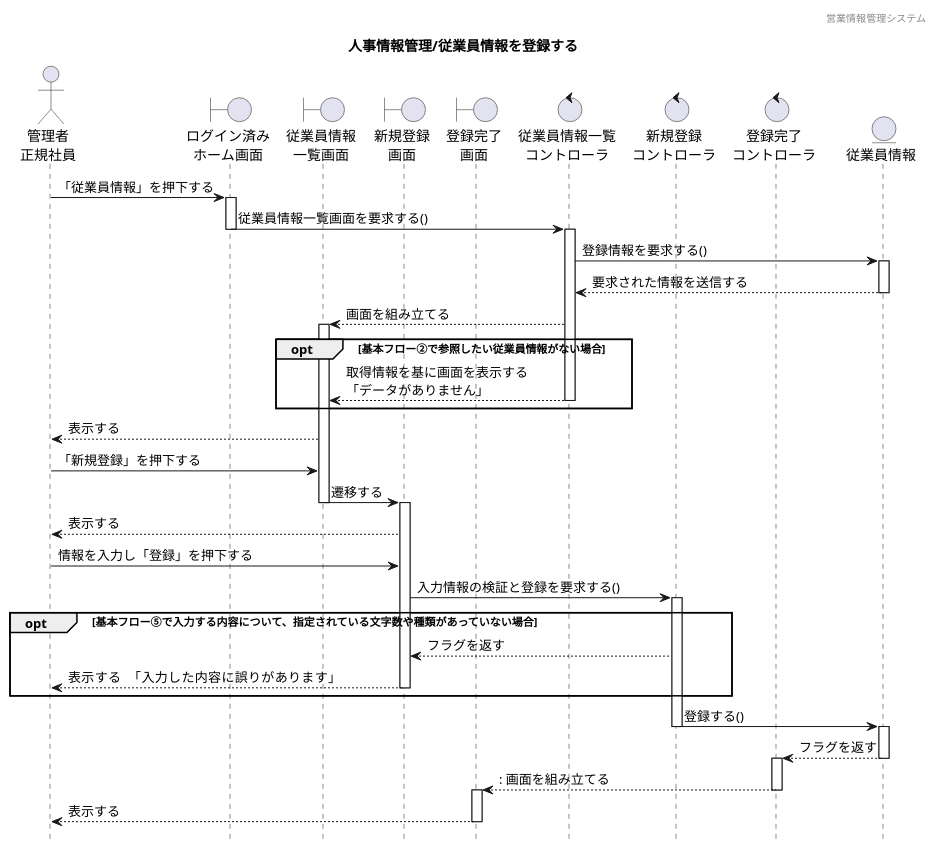
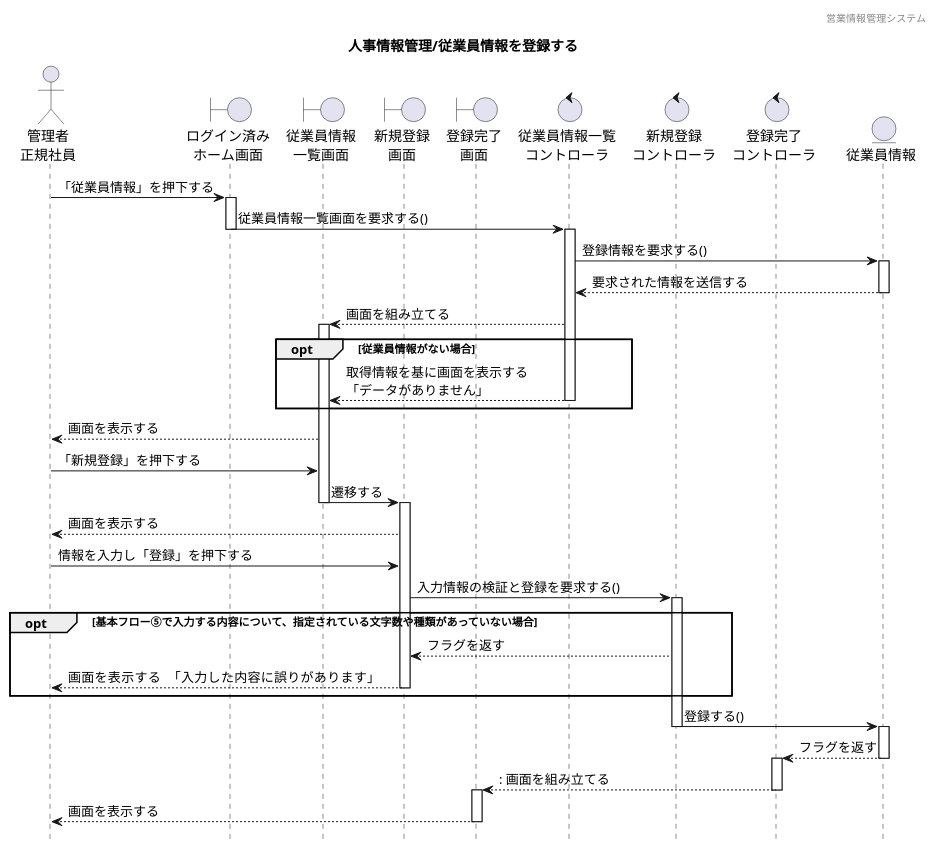
The diagram in 各種設計書/4シーケンス図/マスタ管理/1.従業員情報マスタ/従業員情報管理_登録.plantuml (HaruShim/Sotuken), drawn with PlantUML before and after one commit. The commit also changed 1 other file, not shown here.

```diff
--- a/各種設計書/4シーケンス図/マスタ管理/1.従業員情報マスタ/従業員情報管理_登録.plantuml
+++ b/各種設計書/4シーケンス図/マスタ管理/1.従業員情報マスタ/従業員情報管理_登録.plantuml
@@ -1,83 +1,83 @@
 @startuml シーケンス図
 
 ' 下アイコン除去
 hide footbox
 ' ヘッダー
 header 営業情報管理システム
 ' タイトル
 title 人事情報管理/従業員情報を登録する
 
 
 ' actor "" as 
 actor "管理者\n正規社員" as a1
 
 ' boundary "" as 
 boundary "ログイン済み\nホーム画面" as b1
 boundary "従業員情報\n一覧画面" as b2
 boundary "新規登録\n画面" as b3
 boundary "登録完了\n画面" as b4
 
 ' control "" as 
 control "従業員情報一覧\nコントローラ" as c1
 control "新規登録\nコントローラ" as c2
 control "登録完了\nコントローラ" as c3
 
 ' entity "" as
 entity "従業員情報" as e1
 
 
 ' ログイン済みホーム画面から一覧表示までのシーケンス
 a1 -> b1 : 「従業員情報」を押下する
 activate b1
 b1 -> c1 : 従業員情報一覧画面を要求する()
 deactivate b1
 activate c1
 c1 -> e1 : 登録情報を要求する()
 activate e1
 c1 <-- e1 : 要求された情報を送信する
 deactivate e1
 b2 <-- c1 : 画面を組み立てる
 activate b2
 
 ' 代替フロー
-opt 基本フロー②で参照したい従業員情報がない場合
+opt 従業員情報がない場合
 b2 <-- c1 : 取得情報を基に画面を表示する\n「データがありません」
 deactivate c1
 end
 
 activate b2
-a1 <-- b2 : 表示する
+a1 <-- b2 : 画面を表示する
 a1 -> b2 : 「新規登録」を押下する
 b2 -> b3 : 遷移する
 deactivate b2
 activate b3
-a1 <-- b3 : 表示する
+a1 <-- b3 : 画面を表示する
 a1 -> b3 : 情報を入力し「登録」を押下する
 b3 -> c2 : 入力情報の検証と登録を要求する()
 activate c2
 
 ' 代替フロー
 opt 基本フロー⑤で入力する内容について、指定されている文字数や種類があっていない場合
 b3 <-- c2 : フラグを返す
 deactivate c1
-a1 <-- b3 : 表示する　「入力した内容に誤りがあります」
+a1 <-- b3 : 画面を表示する　「入力した内容に誤りがあります」
 deactivate b3
 end
 
 
 activate c2
 c2 -> e1 : 登録する()
 deactivate c2
 activate e1
 c3 <-- e1 : フラグを返す
 deactivate e1
 activate c3
 b4 <-- c3 :: 画面を組み立てる
 deactivate c3
 activate b4
-a1 <-- b4 : 表示する
+a1 <-- b4 : 画面を表示する
 deactivate b4
 
 
 
 @enduml
```
